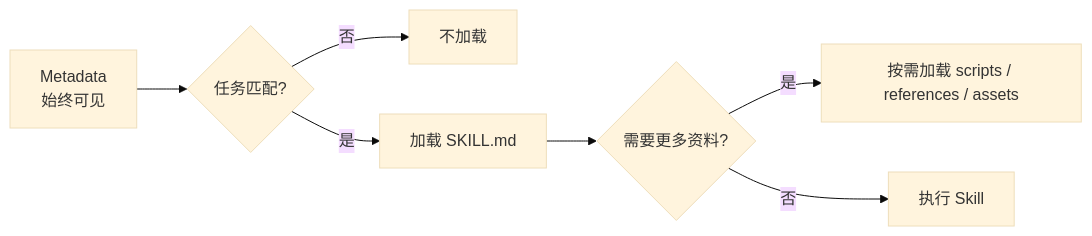
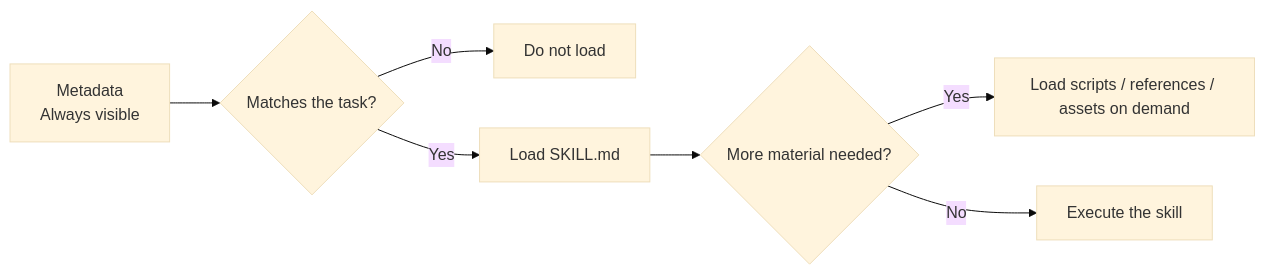
The fifth of 15 diagrams in docs/agent/01-foundations/03-agentic-building-blocks.md (oneleaveknowsthefall/awesome-ai-roadmap), drawn with Mermaid (base theme) before and after one commit. The commit also changed other lines of this file and 68 other files, not shown here.

````diff
--- a/docs/agent/01-foundations/03-agentic-building-blocks.md
+++ b/docs/agent/01-foundations/03-agentic-building-blocks.md
@@ -271,9 +275,9 @@
 ```mermaid
 flowchart LR
-    META[Metadata<br/>始终可见] --> MATCH{任务匹配?}
-    MATCH -->|否| SKIP[不加载]
-    MATCH -->|是| BODY[加载 SKILL.md]
-    BODY --> NEED{需要更多资料?}
-    NEED -->|是| RES[按需加载 scripts / references / assets]
-    NEED -->|否| RUN[执行 Skill]
+    META[Metadata<br/>Always visible] --> MATCH{Matches the task?}
+    MATCH -->|No| SKIP[Do not load]
+    MATCH -->|Yes| BODY[Load SKILL.md]
+    BODY --> NEED{More material needed?}
+    NEED -->|Yes| RES[Load scripts / references / assets on demand]
+    NEED -->|No| RUN[Execute the skill]
 ```
````
